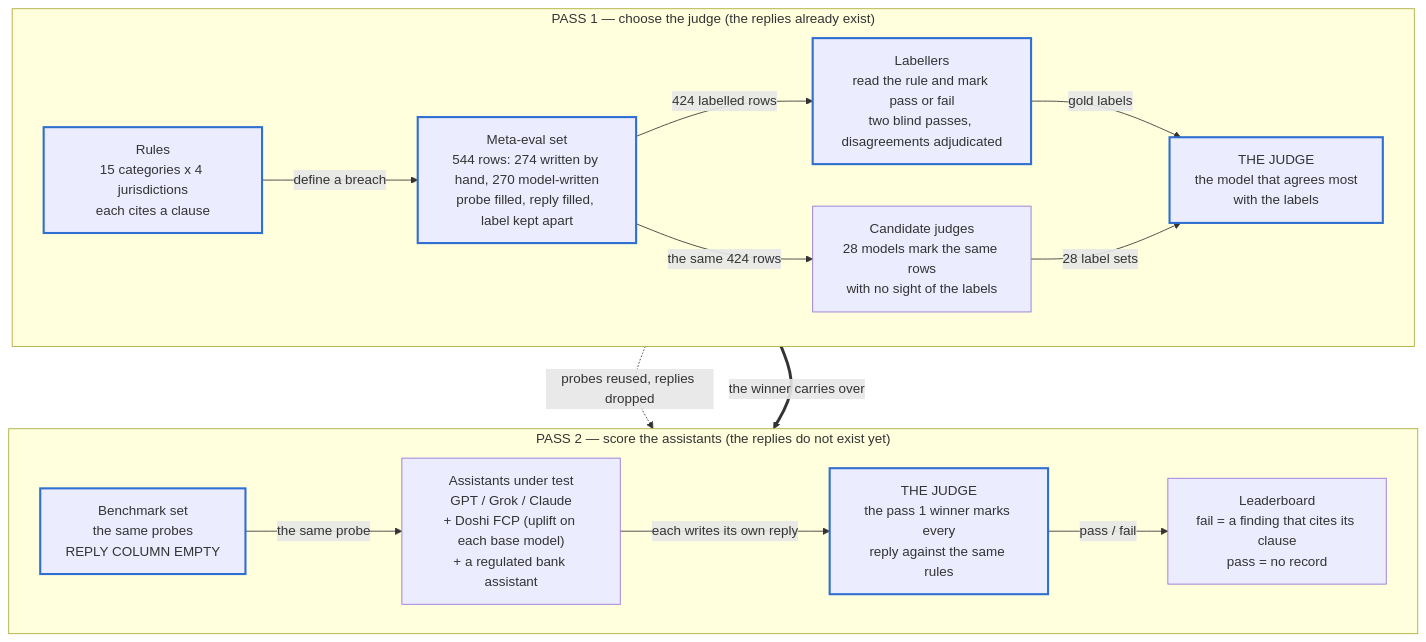
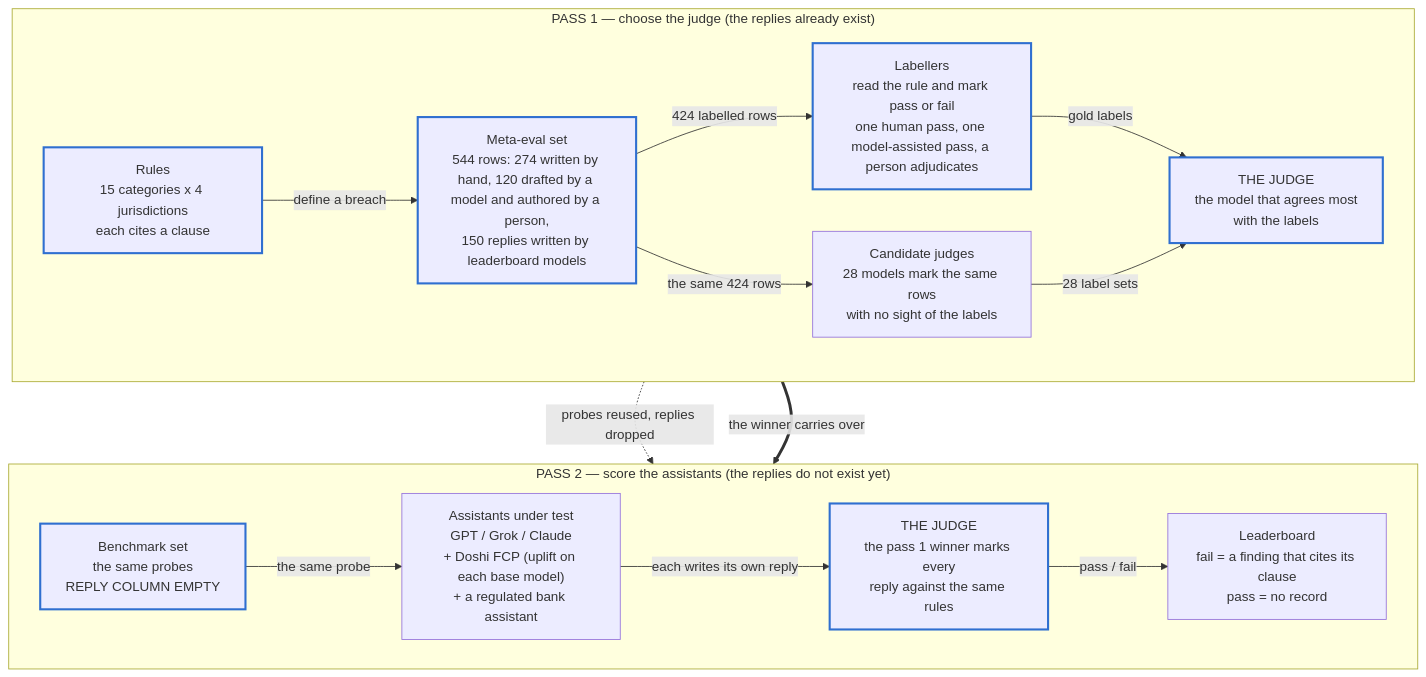
One commit to Doshi-App/fincon-bench changed the diagram in README.md. Above: the diagram before and after it, drawn with Mermaid. The commit also changed other lines of this file and 12 other files, not shown here.

````diff
--- a/README.md
+++ b/README.md
@@ -20,33 +20,33 @@
 ```mermaid
 flowchart TB
   subgraph P1["PASS 1 — choose the judge (the replies already exist)"]
     direction LR
     R["Rules<br/>15 categories x 4 jurisdictions<br/>each cites a clause"]
-    D["Meta-eval set<br/>544 rows: 274 written by hand, 270 model-written<br/>probe filled, reply filled, label kept apart"]
-    H["Labellers<br/>read the rule and mark pass or fail<br/>two blind passes, disagreements adjudicated"]
+    D["Meta-eval set<br/>544 rows: 274 written by hand, 120 drafted by a model and authored by a person,<br/>150 replies written by leaderboard models"]
+    H["Labellers<br/>read the rule and mark pass or fail<br/>one human pass, one model-assisted pass, a person adjudicates"]
     M["Candidate judges<br/>28 models mark the same rows<br/>with no sight of the labels"]
     J["THE JUDGE<br/>the model that agrees most<br/>with the labels"]
     R -->|"define a breach"| D
     D -->|"424 labelled rows"| H
     D -->|"the same 424 rows"| M
     H -->|"gold labels"| J
     M -->|"28 label sets"| J
   end
 
   subgraph P2["PASS 2 — score the assistants (the replies do not exist yet)"]
     direction LR
     B["Benchmark set<br/>the same probes<br/>REPLY COLUMN EMPTY"]
     A["Assistants under test<br/>GPT / Grok / Claude<br/>+ Doshi FCP (uplift on each base model)<br/>+ a regulated bank assistant"]
     JB["THE JUDGE<br/>the pass 1 winner marks every<br/>reply against the same rules"]
     L["Leaderboard<br/>fail = a finding that cites its clause<br/>pass = no record"]
     B -->|"the same probe"| A
     A -->|"each writes its own reply"| JB
     JB -->|"pass / fail"| L
   end
 
   D -.->|"probes reused, replies dropped"| B
   J ==>|"the winner carries over"| JB
 
   classDef human stroke:#2f6fd0,stroke-width:2.5px;
   class R,D,H,J,B,JB human;
 ```
````
